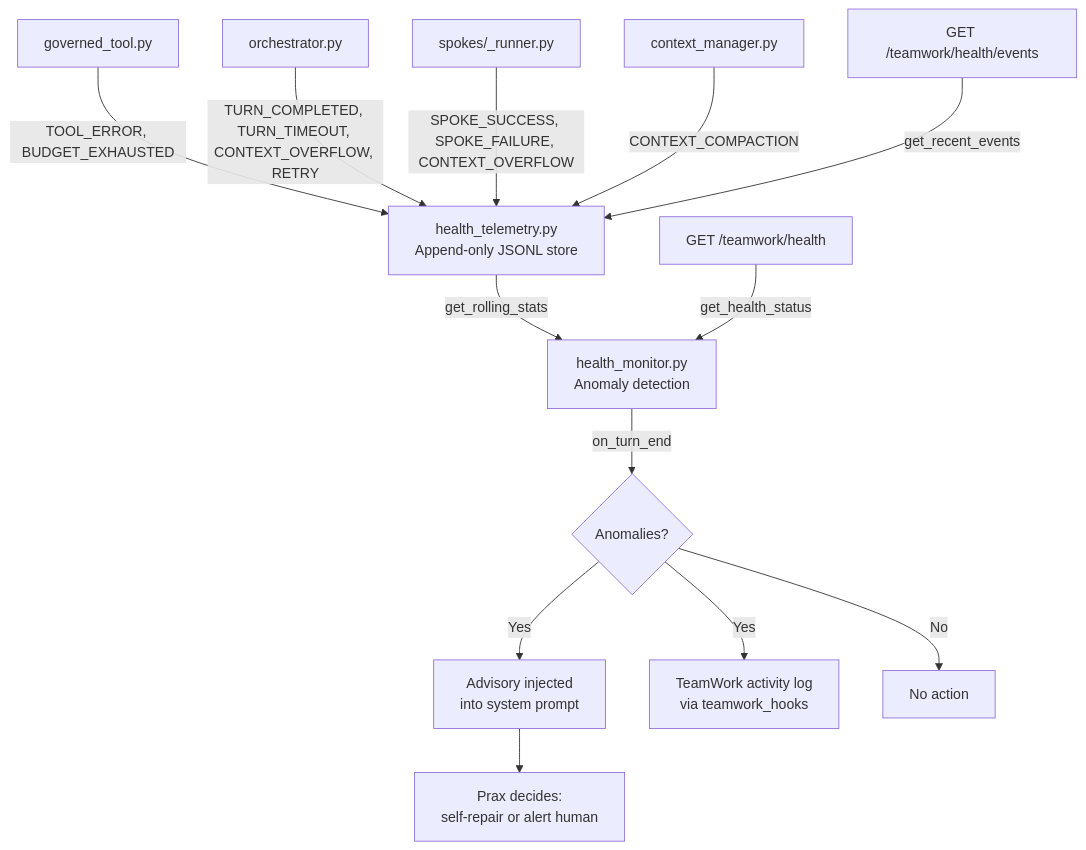
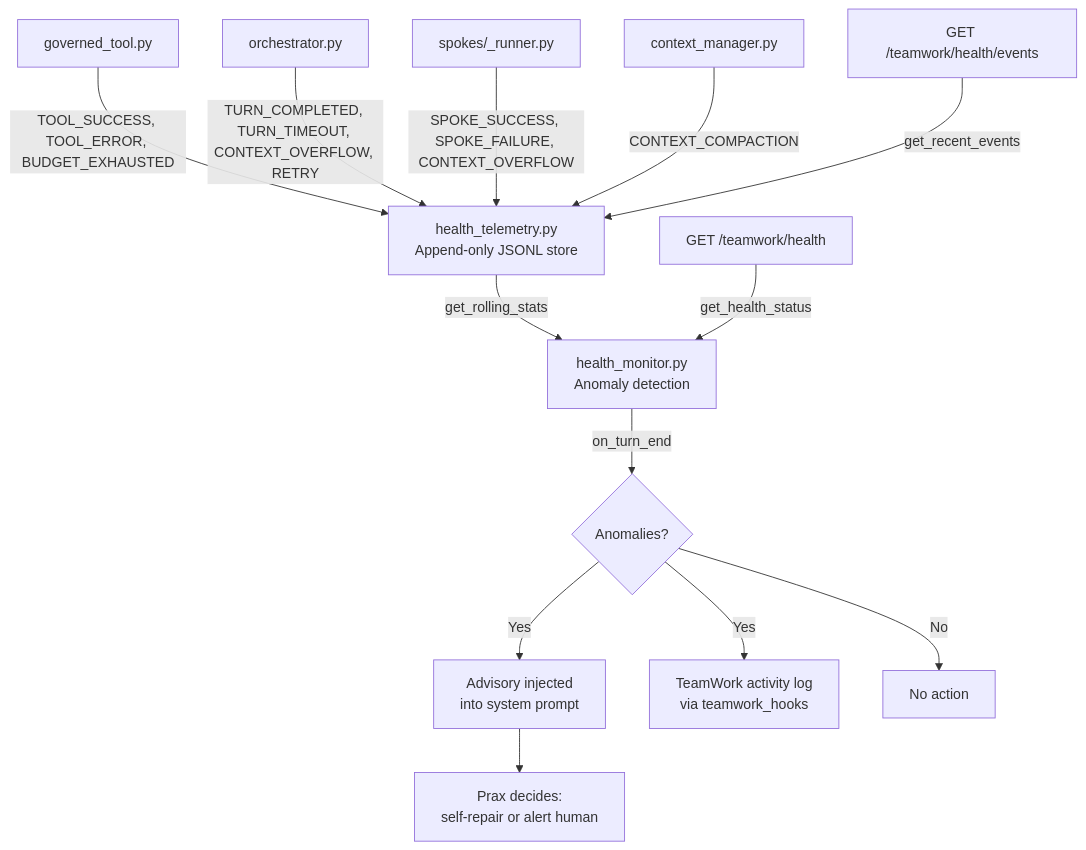
The first of 3 diagrams in docs/infrastructure/health-monitoring.md (praxagent/prax), drawn with Mermaid before and after one commit. The commit also changed other lines of this file and 16 other files, not shown here.

````diff
--- a/docs/infrastructure/health-monitoring.md
+++ b/docs/infrastructure/health-monitoring.md
@@ -60,21 +60,21 @@
 ```mermaid
 flowchart TD
-    GT[governed_tool.py] -->|TOOL_ERROR, BUDGET_EXHAUSTED| HT
+    GT[governed_tool.py] -->|TOOL_SUCCESS, TOOL_ERROR, BUDGET_EXHAUSTED| HT
     ORC[orchestrator.py] -->|TURN_COMPLETED, TURN_TIMEOUT, CONTEXT_OVERFLOW, RETRY| HT
     SR[spokes/_runner.py] -->|SPOKE_SUCCESS, SPOKE_FAILURE, CONTEXT_OVERFLOW| HT
     CM[context_manager.py] -->|CONTEXT_COMPACTION| HT
 
     HT[health_telemetry.py<br/>Append-only JSONL store]
 
     HT -->|get_rolling_stats| HM[health_monitor.py<br/>Anomaly detection]
 
     HM -->|on_turn_end| ADV{Anomalies?}
     ADV -- Yes --> SYS[Advisory injected<br/>into system prompt]
     ADV -- Yes --> TW[TeamWork activity log<br/>via teamwork_hooks]
     ADV -- No --> NOOP[No action]
 
     SYS --> PRAX[Prax decides:<br/>self-repair or alert human]
 
     API1[GET /teamwork/health] -->|get_health_status| HM
     API2[GET /teamwork/health/events] -->|get_recent_events| HT
 ```
````
